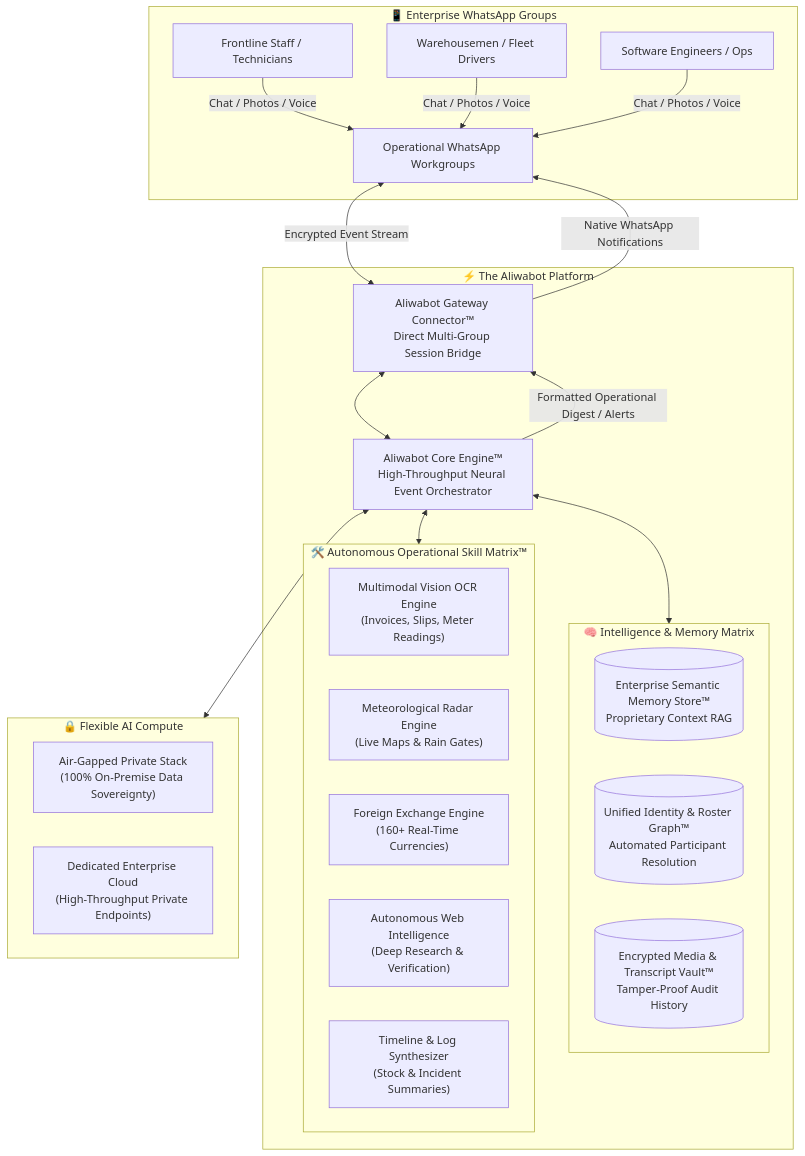
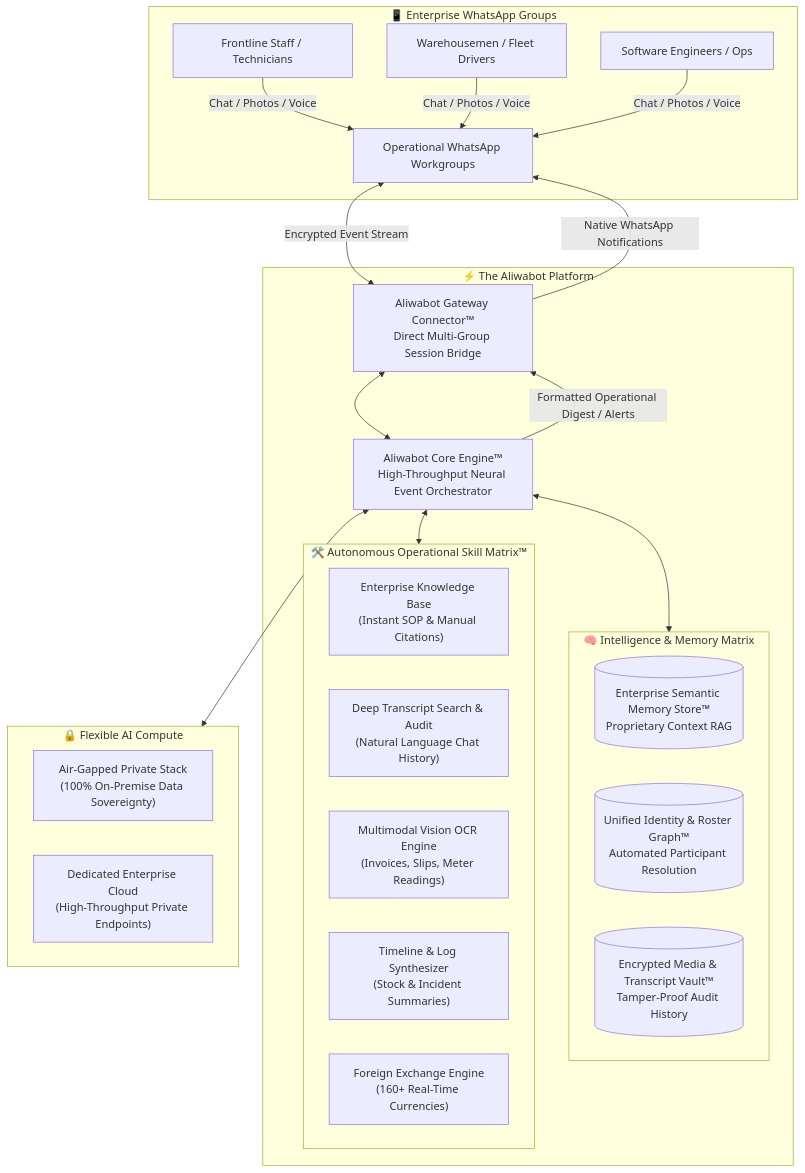
Before and after one commit to cripperzprodigy/Aliwabot: the diagram in README.md, drawn with Mermaid. The commit also changed other lines of this file and 2 other files, not shown here.

Commit message:
docs: elevate Transcript Search and Enterprise Knowledge Base, spotlight Modular Plugin Architecture, and add dedicated visual assets

````diff
--- a/README.md
+++ b/README.md
@@ -238,44 +284,44 @@
 ```mermaid
 flowchart TB
     subgraph Client_Workspace ["📱 Enterprise WhatsApp Groups"]
         FieldStaff["Frontline Staff / Technicians"]
         LogisticsStaff["Warehousemen / Fleet Drivers"]
         TechStaff["Software Engineers / Ops"]
         GroupChats["Operational WhatsApp Workgroups"]
     end
 
     subgraph Aliwabot_Platform ["⚡ The Aliwabot Platform"]
         Gateway["Aliwabot Gateway Connector™\nDirect Multi-Group Session Bridge"]
         Engine["Aliwabot Core Engine™\nHigh-Throughput Neural Event Orchestrator"]
         
         subgraph Intelligence_Layer ["🧠 Intelligence & Memory Matrix"]
             SemanticMemory[("Enterprise Semantic Memory Store™\nProprietary Context RAG")]
             IdentityGraph[("Unified Identity & Roster Graph™\nAutomated Participant Resolution")]
             AuditVault[("Encrypted Media & Transcript Vault™\nTamper-Proof Audit History")]
         end
 
         subgraph Skill_Matrix ["🛠️ Autonomous Operational Skill Matrix™"]
+            SkillKB["Enterprise Knowledge Base\n(Instant SOP & Manual Citations)"]
+            SkillTranscript["Deep Transcript Search & Audit\n(Natural Language Chat History)"]
             SkillOCR["Multimodal Vision OCR Engine\n(Invoices, Slips, Meter Readings)"]
-            SkillWeather["Meteorological Radar Engine\n(Live Maps & Rain Gates)"]
+            SkillSynthesis["Timeline & Log Synthesizer\n(Stock & Incident Summaries)"]
             SkillFX["Foreign Exchange Engine\n(160+ Real-Time Currencies)"]
-            SkillWeb["Autonomous Web Intelligence\n(Deep Research & Verification)"]
-            SkillSynthesis["Timeline & Log Synthesizer\n(Stock & Incident Summaries)"]
         end
     end
 
     subgraph Compute_Options ["🔒 Flexible AI Compute"]
         OnPrem["Air-Gapped Private Stack\n(100% On-Premise Data Sovereignty)"]
         EnterpriseCloud["Dedicated Enterprise Cloud\n(High-Throughput Private Endpoints)"]
     end
 
     FieldStaff & LogisticsStaff & TechStaff -->|Chat / Photos / Voice| GroupChats
     GroupChats <-->|Encrypted Event Stream| Gateway
     Gateway <--> Engine
     
     Engine <--> Intelligence_Layer
     Engine <--> Skill_Matrix
     Engine <--> Compute_Options
     
     Engine -->|Formatted Operational Digest / Alerts| Gateway
     Gateway -->|Native WhatsApp Notifications| GroupChats
 ```
````
